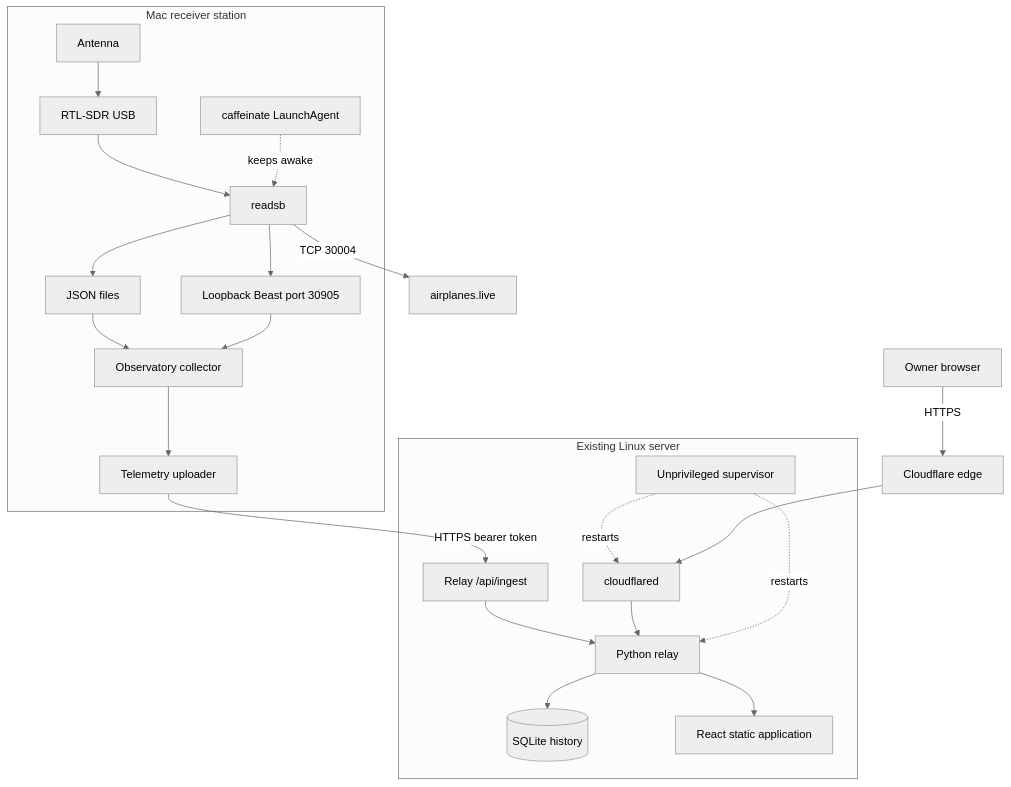
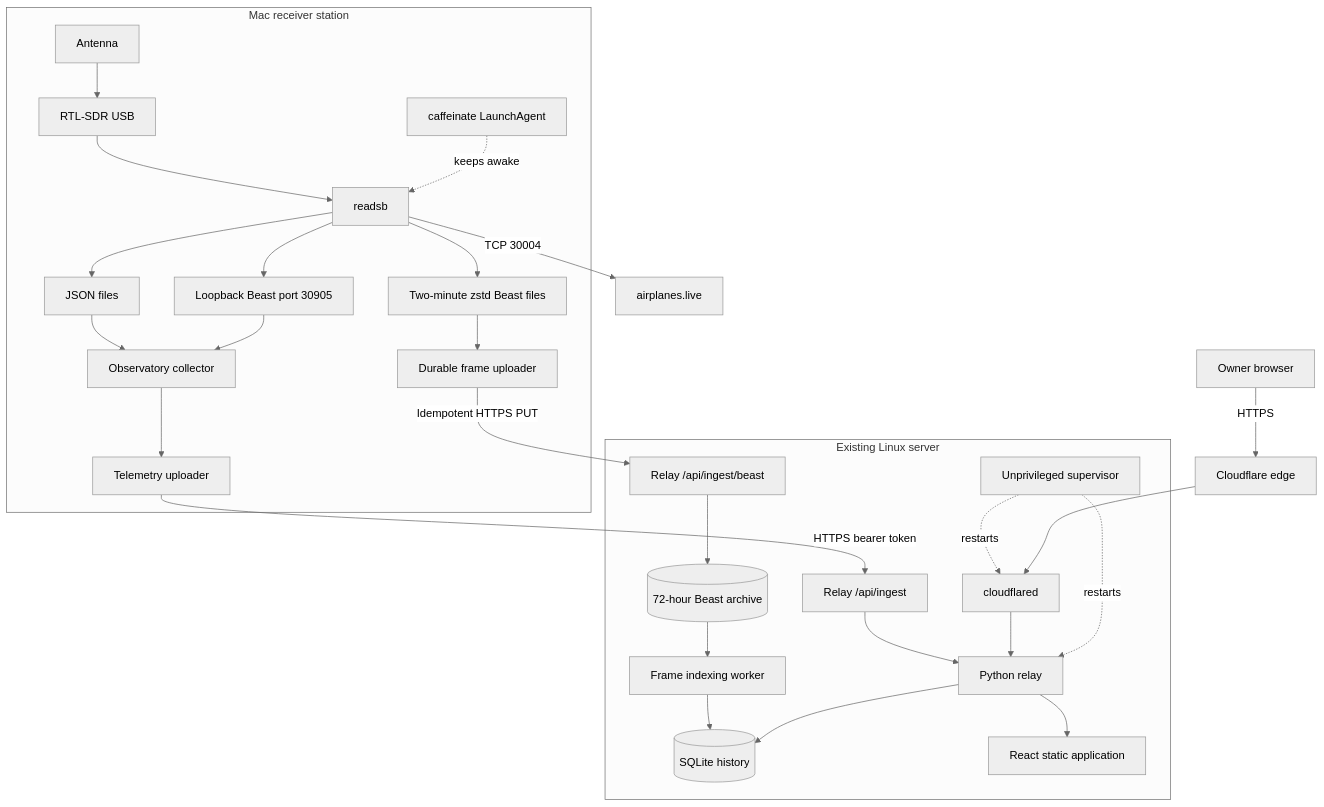
The second of 5 diagrams in wiki-site/docs/architecture.md (ramideltoro/antenna_observatory), drawn with Mermaid (neutral theme) before and after one commit. The commit also changed other lines of this file and 16 other files, not shown here.

Commit message:
feat: archive decoded Beast frames on backend (#13)

````diff
--- a/wiki-site/docs/architecture.md
+++ b/wiki-site/docs/architecture.md
@@ -23,28 +23,34 @@
 ```mermaid
 flowchart TB
     subgraph Home[Mac receiver station]
       Ant[Antenna] --> SDR[RTL-SDR USB]
       SDR --> Readsb[readsb]
       Readsb --> JSON[JSON files]
       Readsb --> Beast[Loopback Beast port 30905]
+      Readsb --> Dump[Two-minute zstd Beast files]
       JSON --> Collector[Observatory collector]
       Beast --> Collector
       Awake[caffeinate LaunchAgent] -. keeps awake .-> Readsb
       Collector --> Uplink[Telemetry uploader]
+      Dump --> FrameUplink[Durable frame uploader]
     end
 
     Readsb -->|TCP 30004| AL[airplanes.live]
     Uplink -->|HTTPS bearer token| Ingest[Relay /api/ingest]
+    FrameUplink -->|Idempotent HTTPS PUT| BatchIngest[Relay /api/ingest/beast]
 
     subgraph VPS[Existing Linux server]
       Ingest --> Relay[Python relay]
+      BatchIngest --> Archive[(72-hour Beast archive)]
+      Archive --> Worker[Frame indexing worker]
+      Worker --> SQLite
       Relay --> SQLite[(SQLite history)]
       Relay --> Static[React static application]
       Tunnel[cloudflared] --> Relay
       Supervisor[Unprivileged supervisor] -. restarts .-> Relay
       Supervisor -. restarts .-> Tunnel
     end
 
     Browser[Owner browser] -->|HTTPS| CF[Cloudflare edge]
     CF --> Tunnel
 ```
````
